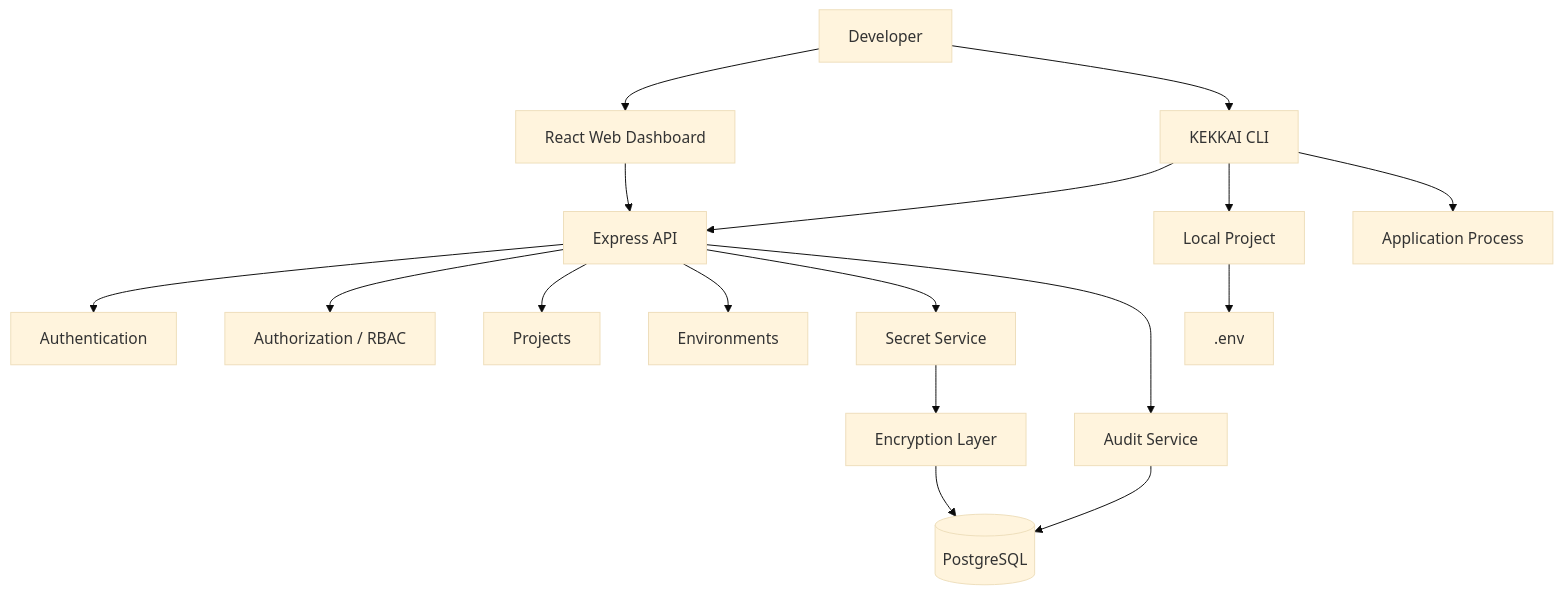
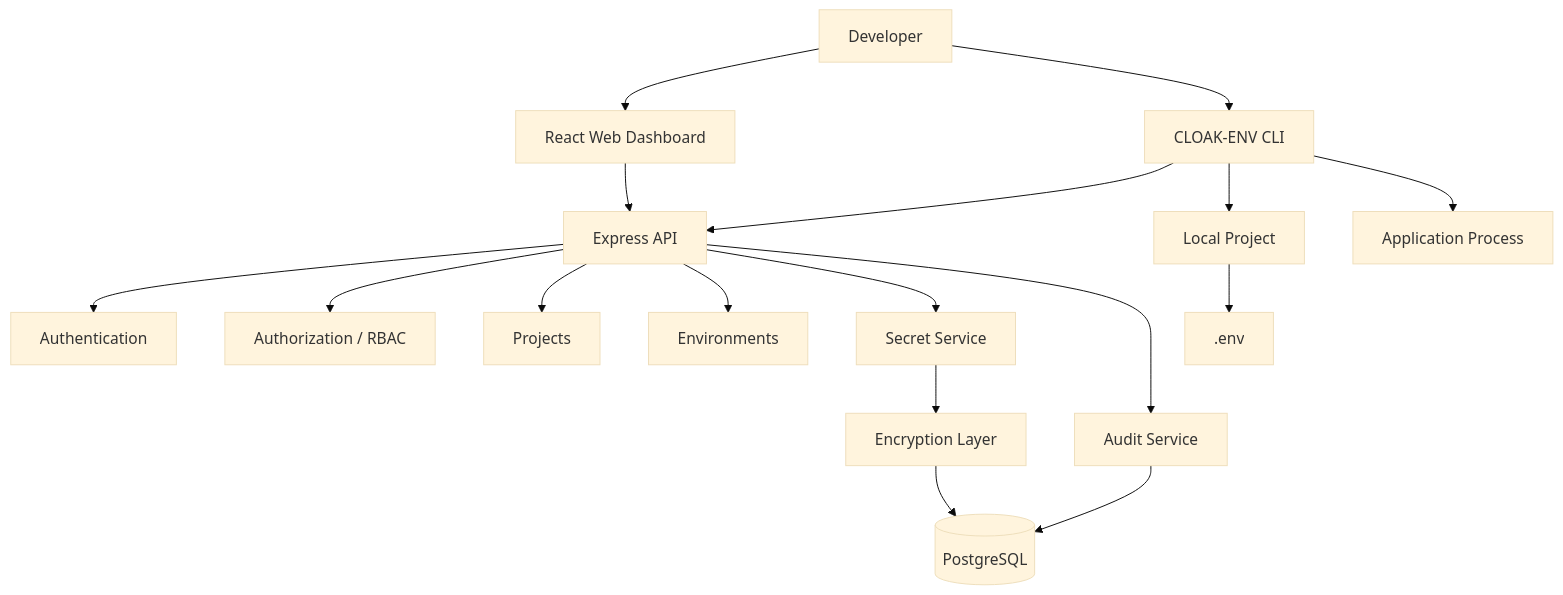
Before and after one commit to aninda8680/Kekkai: the sixth of 6 diagrams in KEKKAI_Project_Specification.md, drawn with Mermaid (base theme). The commit also changed other lines of this file and 45 other files, not shown here.

````diff
--- a/KEKKAI_Project_Specification.md
+++ b/KEKKAI_Project_Specification.md
@@ -2242,27 +2242,27 @@
 ```mermaid
 flowchart TD
     USER[Developer]
 
     USER --> WEB[React Web Dashboard]
-    USER --> CLI[KEKKAI CLI]
+    USER --> CLI[CLOAK-ENV CLI]
 
     WEB --> API[Express API]
     CLI --> API
 
     API --> AUTH[Authentication]
     API --> RBAC[Authorization / RBAC]
 
     API --> PROJECTS[Projects]
     API --> ENVS[Environments]
     API --> SECRETS[Secret Service]
 
     SECRETS --> CRYPTO[Encryption Layer]
     CRYPTO --> DB[(PostgreSQL)]
 
     API --> AUDIT[Audit Service]
     AUDIT --> DB
 
     CLI --> LOCAL[Local Project]
     LOCAL --> DOTENV[.env]
     CLI --> PROCESS[Application Process]
 ```
````
